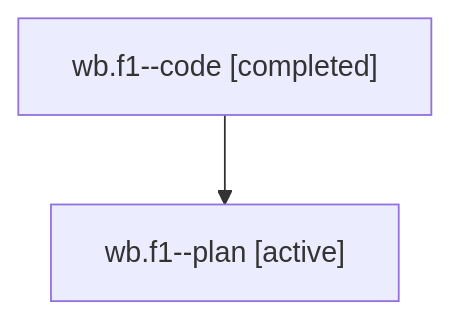
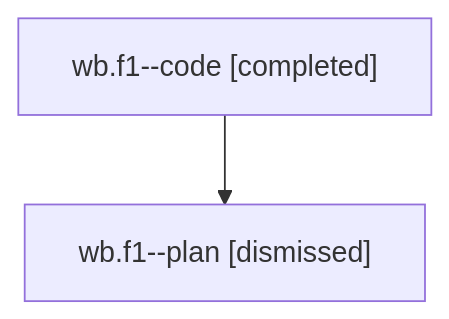
One commit to sase-org/sase--agents changed the diagram in sessions/bbugyi200.athena.wb.f1.md. Above: the diagram before and after it, drawn with Mermaid. The commit also changed other lines of this file and 24 other files, not shown here.

````diff
--- a/sessions/bbugyi200.athena.wb.f1.md
+++ b/sessions/bbugyi200.athena.wb.f1.md
@@ -9,6 +9,6 @@
 ```mermaid
 flowchart TD
   n0["wb.f1--code [completed]"]
-  n1["wb.f1--plan [active]"]
+  n1["wb.f1--plan [dismissed]"]
   n0 --> n1
 ```
````
